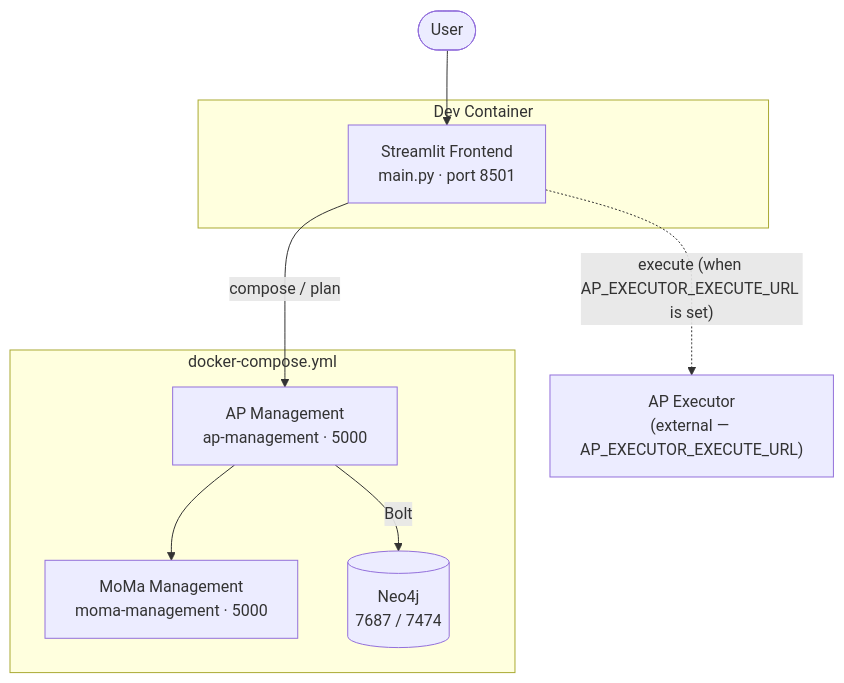
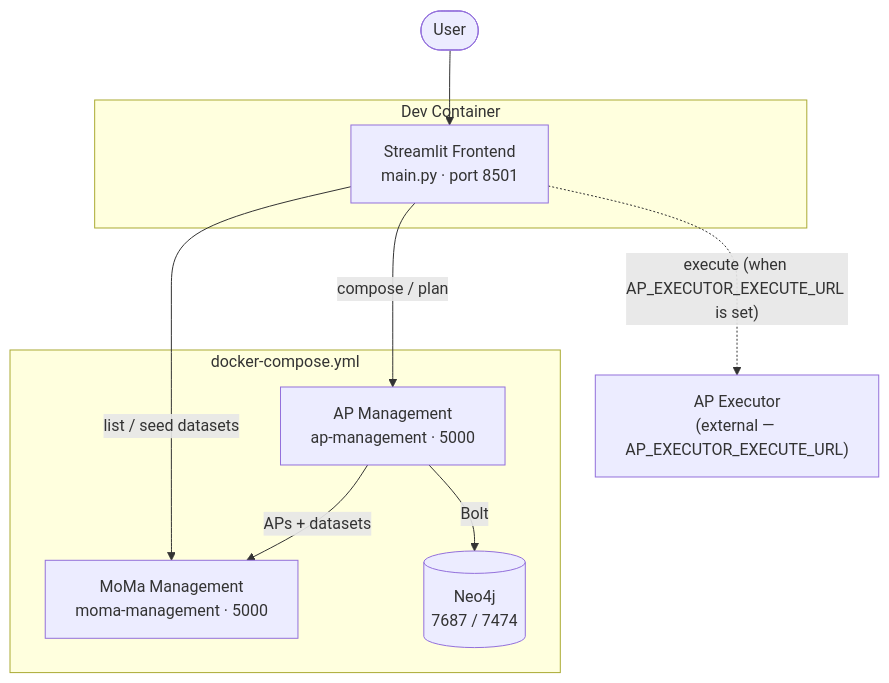
One commit to SoTrx/demo-ap-composition changed the diagram in README.md. Above: the diagram before and after it, drawn with Mermaid. The commit also changed other lines of this file and 24 other files, not shown here.

````diff
--- a/README.md
+++ b/README.md
@@ -22,22 +23,23 @@
 ```mermaid
 graph TD
     User(["User"])
 
     subgraph devcontainer ["Dev Container"]
         Streamlit["Streamlit Frontend<br>main.py · port 8501"]
     end
 
     subgraph base ["docker-compose.yml"]
         APMgmt["AP Management<br>ap-management · 5000"]
         Moma["MoMa Management<br>moma-management · 5000"]
         Neo4j[("Neo4j<br>7687 / 7474")]
     end
 
     APExec["AP Executor<br>(external — AP_EXECUTOR_EXECUTE_URL)"]
 
     User --> Streamlit
     Streamlit -->|"compose / plan"| APMgmt
+    Streamlit -->|"list / seed datasets"| Moma
     APMgmt -->|"Bolt"| Neo4j
-    APMgmt --> Moma
+    APMgmt -->|"APs + datasets"| Moma
     Streamlit -.->|"execute (when AP_EXECUTOR_EXECUTE_URL is set)"| APExec
 ```
````
